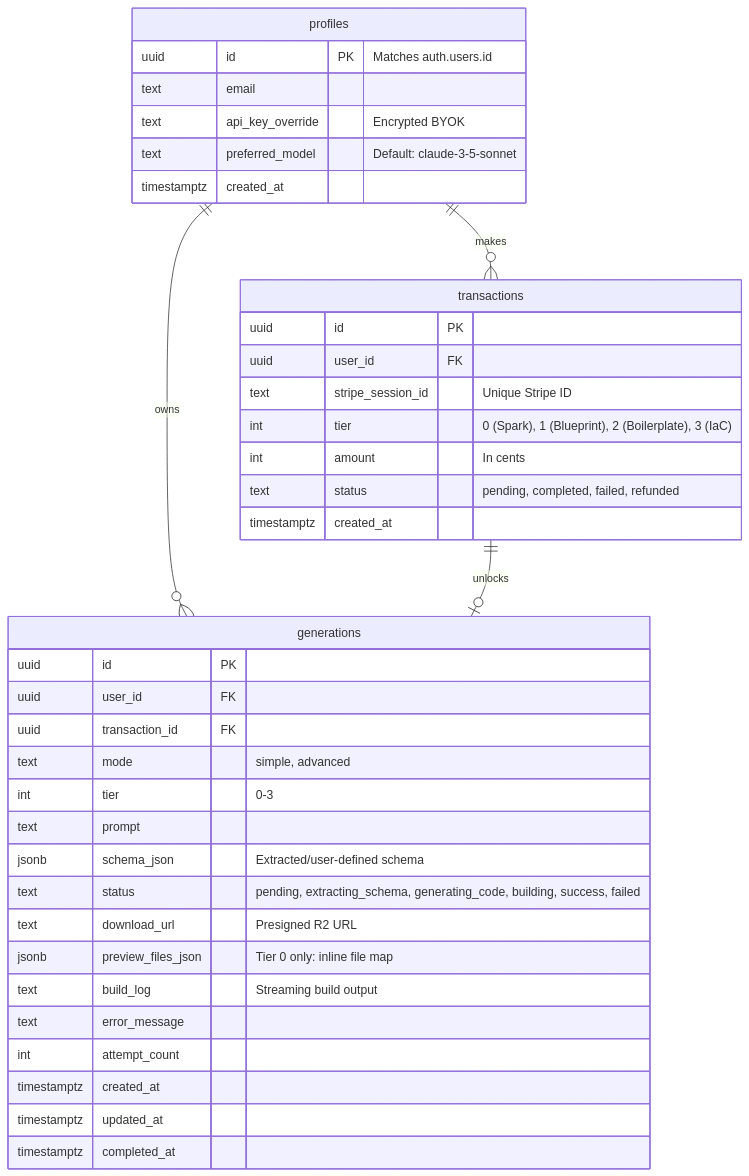
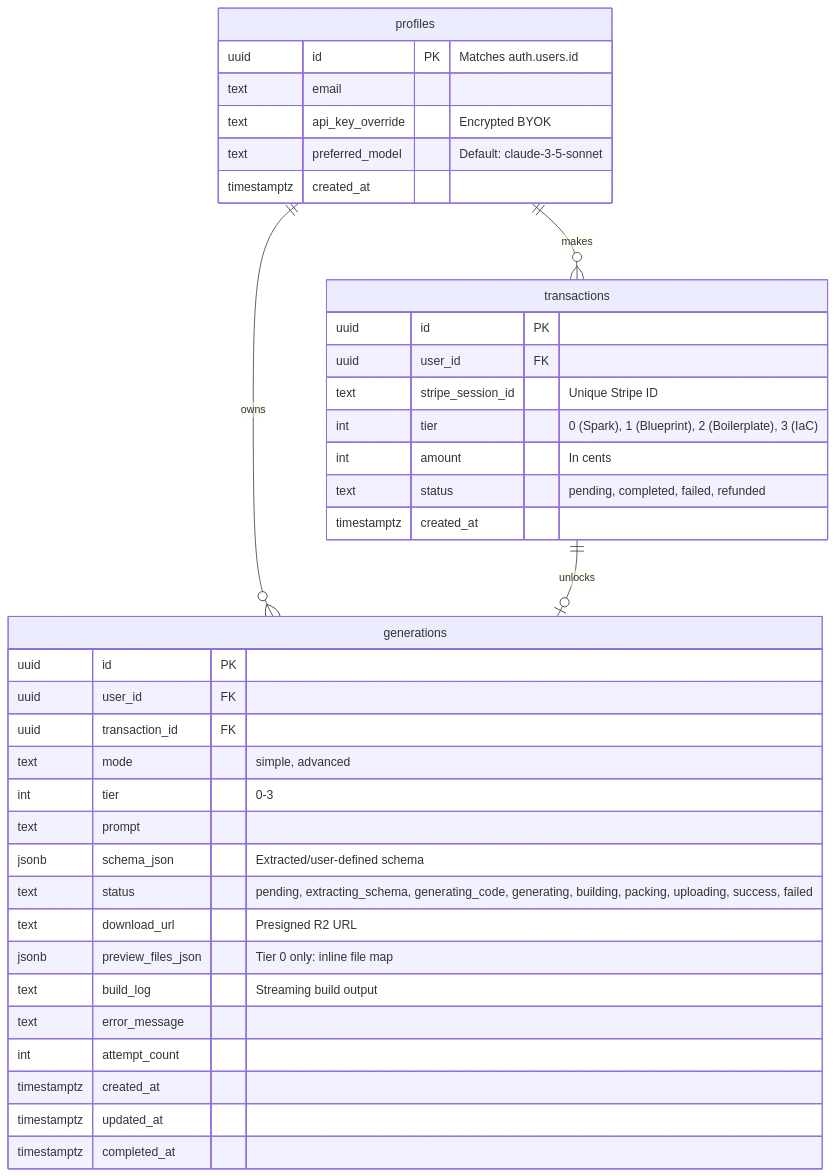
Before and after one commit to stevenfackley/StackAlchemist: the diagram in docs/architecture/Database ERD.md, drawn with Mermaid. The commit also changed 14 other files, not shown here.

````diff
--- a/docs/architecture/Database ERD.md
+++ b/docs/architecture/Database ERD.md
@@ -7,45 +7,45 @@
 ```mermaid
 erDiagram
     %% Entities
     profiles {
         uuid id PK "Matches auth.users.id"
         text email
         text api_key_override "Encrypted BYOK"
         text preferred_model "Default: claude-3-5-sonnet"
         timestamptz created_at
     }
 
     transactions {
         uuid id PK
         uuid user_id FK
         text stripe_session_id "Unique Stripe ID"
         int tier "0 (Spark), 1 (Blueprint), 2 (Boilerplate), 3 (IaC)"
         int amount "In cents"
         text status "pending, completed, failed, refunded"
         timestamptz created_at
     }
 
     generations {
         uuid id PK
         uuid user_id FK
         uuid transaction_id FK
         text mode "simple, advanced"
         int tier "0-3"
         text prompt
         jsonb schema_json "Extracted/user-defined schema"
-        text status "pending, extracting_schema, generating_code, building, success, failed"
+        text status "pending, extracting_schema, generating_code, generating, building, packing, uploading, success, failed"
         text download_url "Presigned R2 URL"
         jsonb preview_files_json "Tier 0 only: inline file map"
         text build_log "Streaming build output"
         text error_message
         int attempt_count
         timestamptz created_at
         timestamptz updated_at
         timestamptz completed_at
     }
 
     %% Relationships
     profiles ||--o{ transactions : "makes"
     profiles ||--o{ generations : "owns"
     transactions ||--o| generations : "unlocks"
 ```
````
